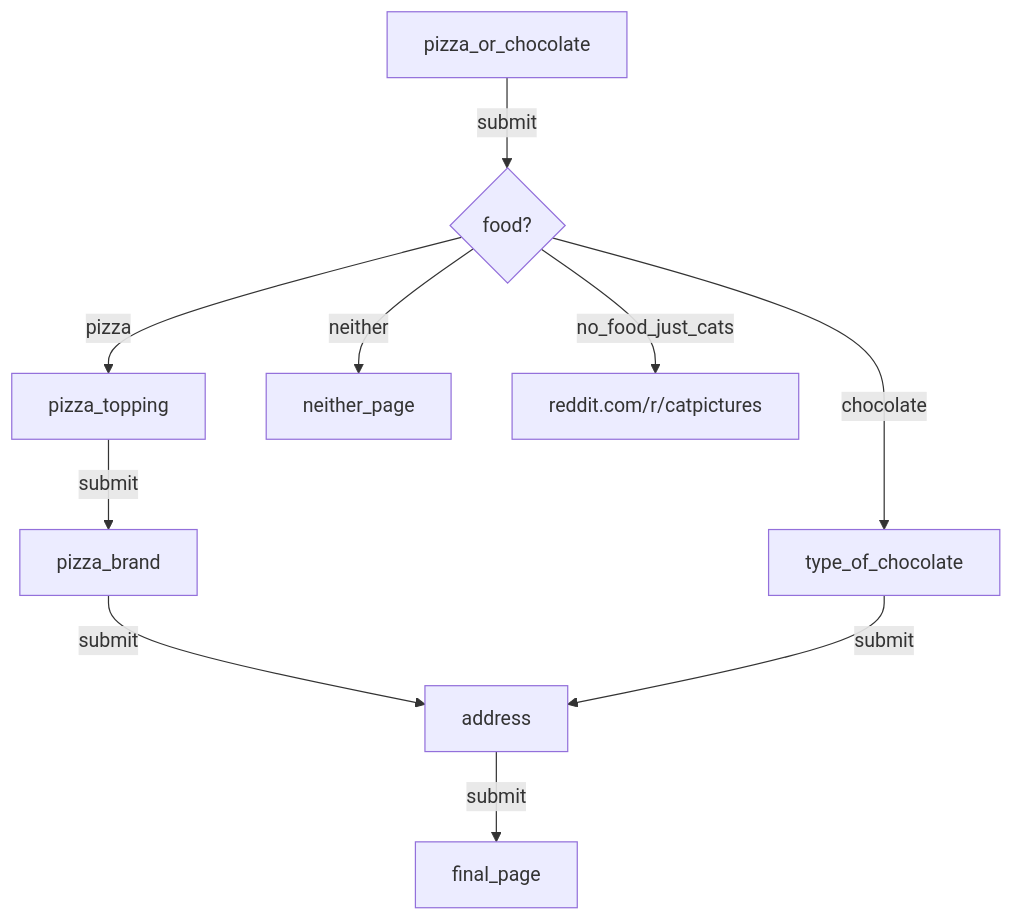
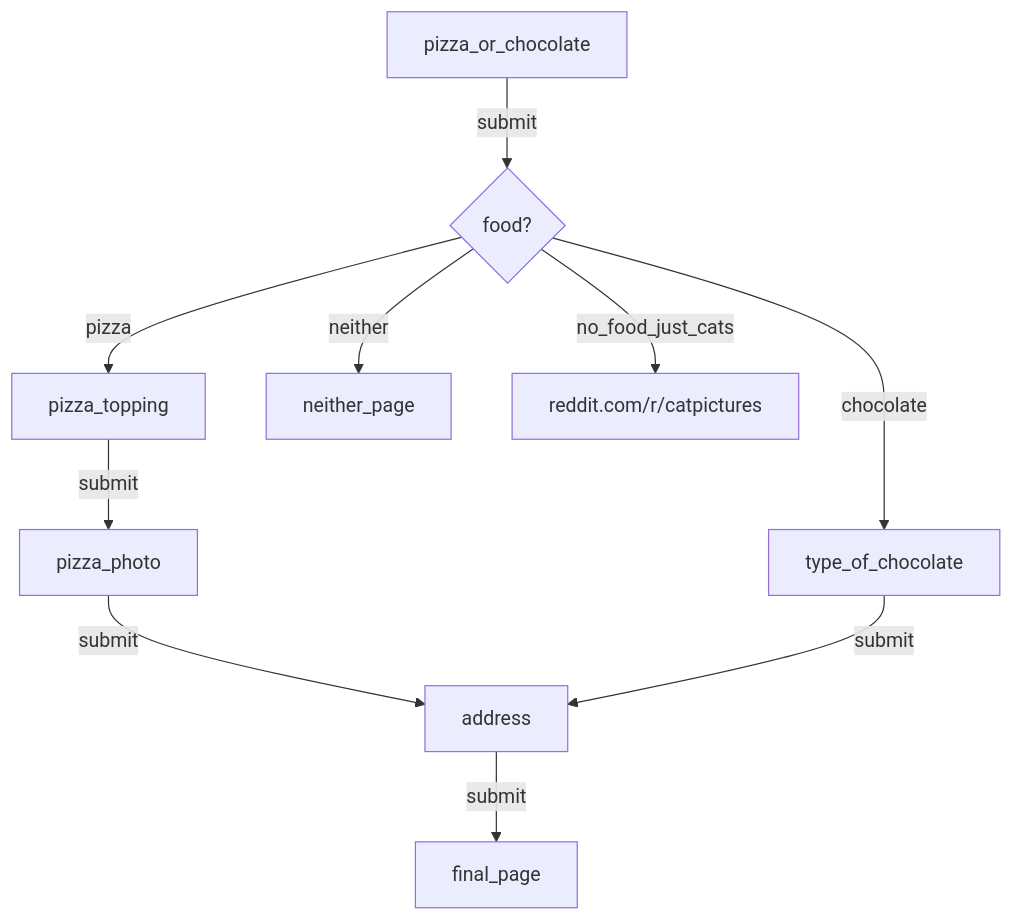
Before and after one commit to nationalarchives/ds-forms: the diagram in docs/example-form.md, drawn with Mermaid. The commit also changed 8 other files, not shown here.

Commit message:
Refactor form configuration to use 'requires' and 'requiresAny' keys; remove PizzaBrandForm and add PizzaPhotoForm for file uploads; update tests and documentation accordingly

````diff
--- a/docs/example-form.md
+++ b/docs/example-form.md
@@ -7,12 +7,12 @@
 ```mermaid
 flowchart TD
     pizza_or_chocolate -->|submit| food{food?}
     food -->|pizza| pizza_topping
     food -->|chocolate| type_of_chocolate
     food -->|neither| neither_page
     food -->|no_food_just_cats| reddit.com/r/catpictures
-    pizza_topping -->|submit| pizza_brand
-    pizza_brand -->|submit| address
+    pizza_topping -->|submit| pizza_photo
+    pizza_photo -->|submit| address
     address -->|submit| final_page
     type_of_chocolate -->|submit| address
 ```
````
